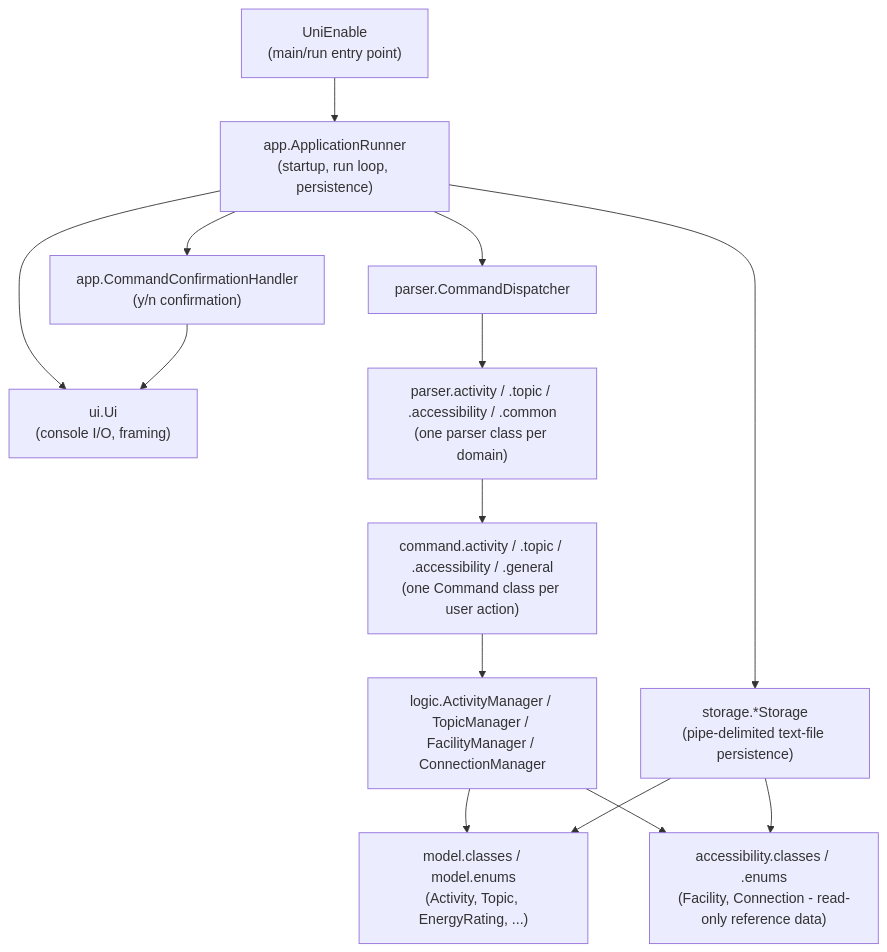
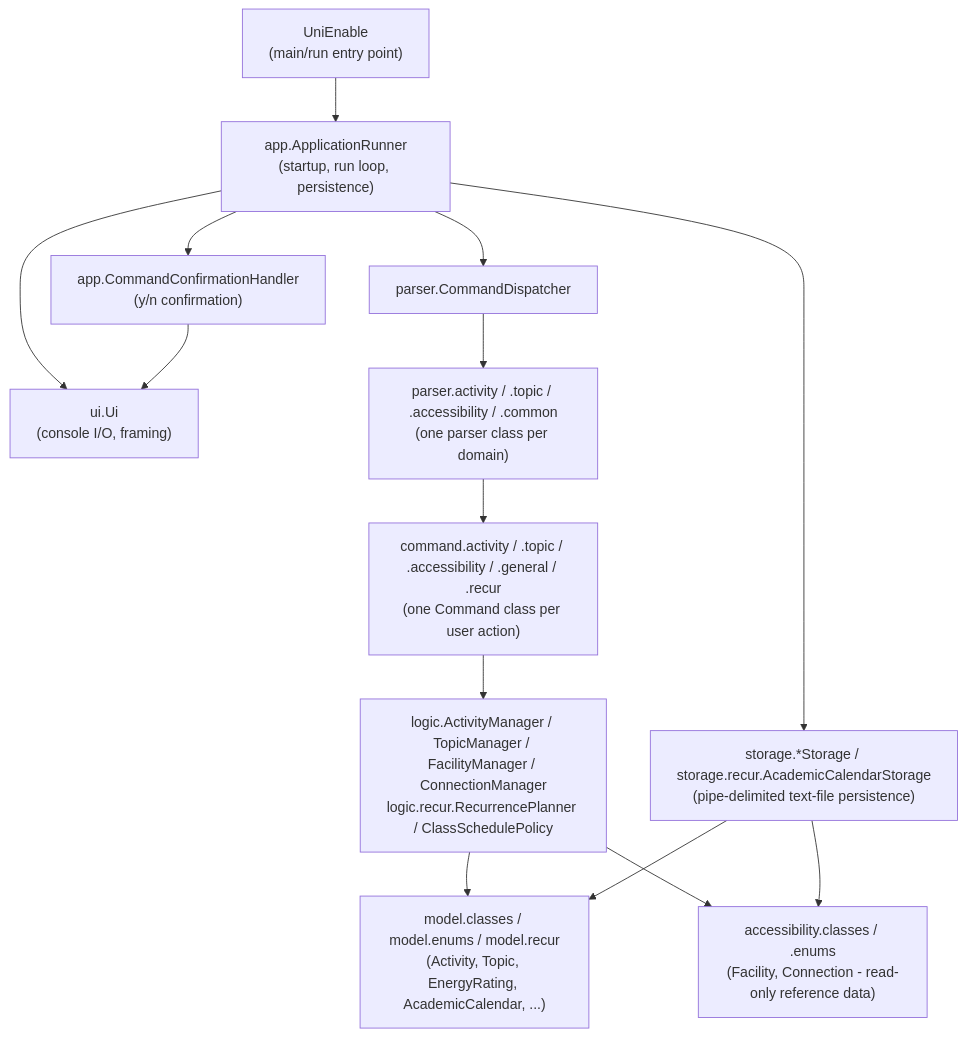
One commit to lukelouyu/SelfTeamProject changed the first of 3 diagrams in docs/DeveloperGuide.md. Above: the diagram before and after it, drawn with Mermaid. The commit also changed other lines of this file and 2 other files, not shown here.

First line of the commit message:
docs: document recur and reset-v2 in README, User Guide, Developer Guide

````diff
--- a/docs/DeveloperGuide.md
+++ b/docs/DeveloperGuide.md
@@ -23,28 +23,28 @@
 ```mermaid
 flowchart TB
     Entry["UniEnable<br/>(main/run entry point)"]
     Runner["app.ApplicationRunner<br/>(startup, run loop, persistence)"]
     Confirm["app.CommandConfirmationHandler<br/>(y/n confirmation)"]
     UI["ui.Ui<br/>(console I/O, framing)"]
     Dispatcher["parser.CommandDispatcher"]
     Parsers["parser.activity / .topic / .accessibility / .common<br/>(one parser class per domain)"]
-    Commands["command.activity / .topic / .accessibility / .general<br/>(one Command class per user action)"]
-    Logic["logic.ActivityManager / TopicManager / FacilityManager / ConnectionManager"]
-    Model["model.classes / model.enums<br/>(Activity, Topic, EnergyRating, ...)"]
+    Commands["command.activity / .topic / .accessibility / .general / .recur<br/>(one Command class per user action)"]
+    Logic["logic.ActivityManager / TopicManager / FacilityManager / ConnectionManager<br/>logic.recur.RecurrencePlanner / ClassSchedulePolicy"]
+    Model["model.classes / model.enums / model.recur<br/>(Activity, Topic, EnergyRating, AcademicCalendar, ...)"]
     Accessibility["accessibility.classes / .enums<br/>(Facility, Connection - read-only reference data)"]
-    Storage["storage.*Storage<br/>(pipe-delimited text-file persistence)"]
+    Storage["storage.*Storage / storage.recur.AcademicCalendarStorage<br/>(pipe-delimited text-file persistence)"]
 
     Entry --> Runner
     Runner --> UI
     Runner --> Confirm
     Confirm --> UI
     Runner --> Dispatcher
     Dispatcher --> Parsers
     Parsers --> Commands
     Commands --> Logic
     Logic --> Model
     Logic --> Accessibility
     Runner --> Storage
     Storage --> Model
     Storage --> Accessibility
 ```
````
